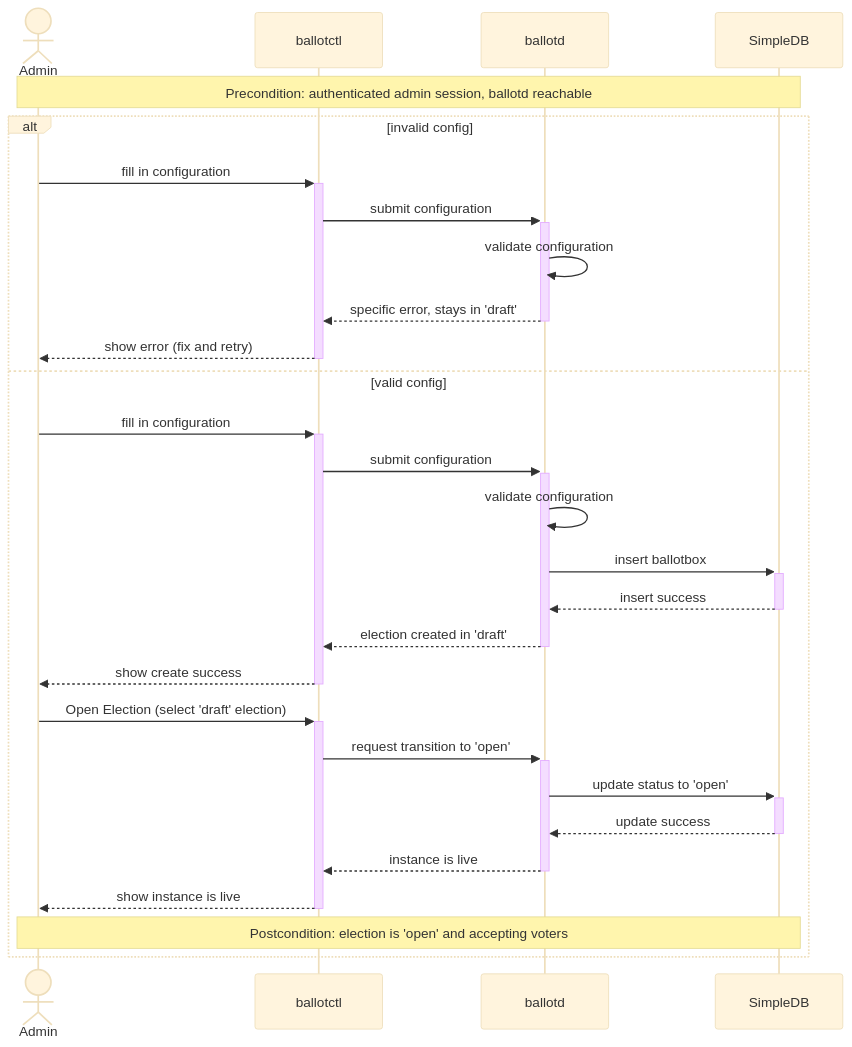
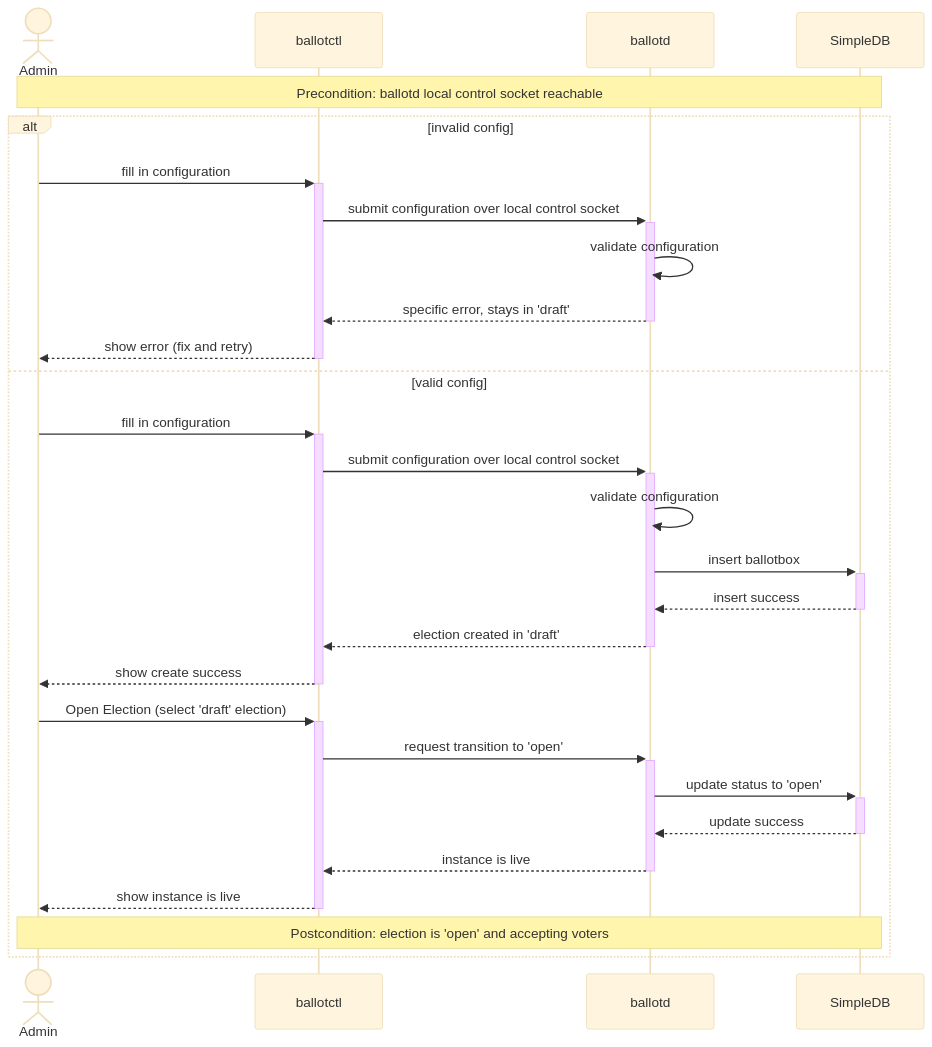
One commit to JediNakDev/ballotbox changed the second of 11 diagrams in README.md. Above: the diagram before and after it, drawn with Mermaid (base theme). The commit also changed other lines of this file and 7 other files, not shown here.

````diff
--- a/README.md
+++ b/README.md
@@ -78,32 +89,32 @@
 ```mermaid
 sequenceDiagram
     actor Admin
     participant ballotctl
     participant ballotd
     participant SimpleDB
 
-    note over Admin, SimpleDB: Precondition: authenticated admin session, ballotd reachable
+    note over Admin, SimpleDB: Precondition: ballotd local control socket reachable
 
     alt invalid config
         Admin->>+ballotctl: fill in configuration
-        ballotctl->>+ballotd: submit configuration
+        ballotctl->>+ballotd: submit configuration over local control socket
         ballotd->>ballotd: validate configuration
         ballotd-->>-ballotctl: specific error, stays in 'draft'
         ballotctl-->>-Admin: show error (fix and retry)
     else valid config
         Admin->>+ballotctl: fill in configuration
-        ballotctl->>+ballotd: submit configuration
+        ballotctl->>+ballotd: submit configuration over local control socket
         ballotd->>ballotd: validate configuration
         ballotd->>+SimpleDB: insert ballotbox
         SimpleDB-->>-ballotd: insert success
         ballotd-->>-ballotctl: election created in 'draft'
         ballotctl-->>-Admin: show create success
         Admin->>+ballotctl: Open Election (select 'draft' election)
         ballotctl->>+ballotd: request transition to 'open'
         ballotd->>+SimpleDB: update status to 'open'
         SimpleDB-->>-ballotd: update success
         ballotd-->>-ballotctl: instance is live
         ballotctl-->>-Admin: show instance is live
         note over Admin,SimpleDB: Postcondition: election is 'open' and accepting voters
     end
 ```
````
